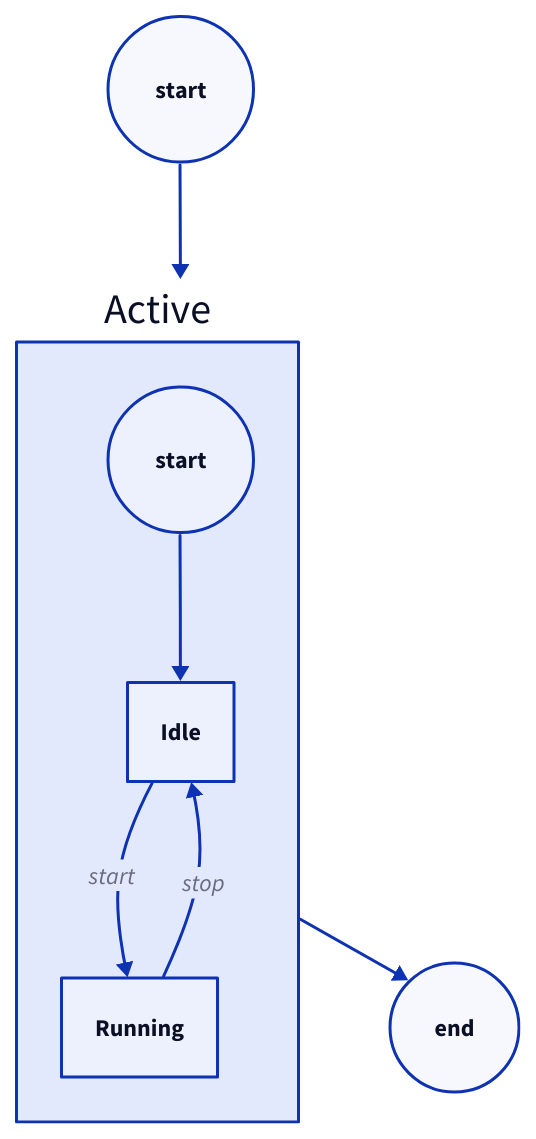
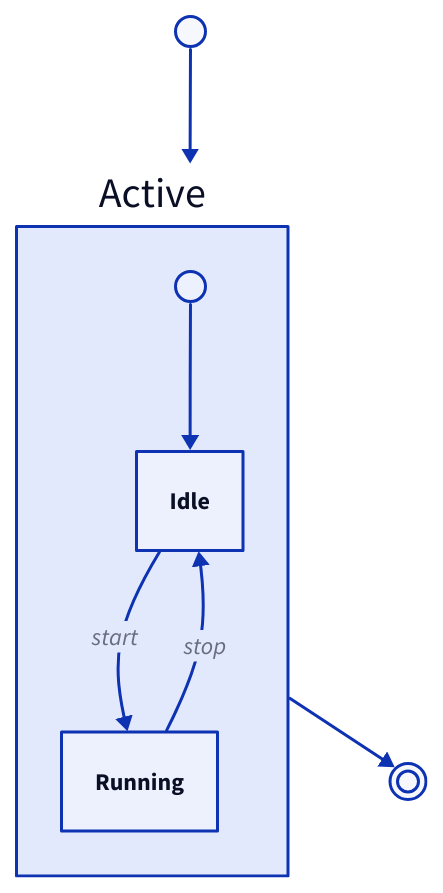
The diagram in docs/examples/state.d2 (noamsto/mermaid2d2), drawn with D2 before and after one commit. The commit also changed 4 other files, not shown here.

First line of the commit message:
fix: draw state start/end as UML pseudostates (#66)

```diff
--- a/docs/examples/state.d2
+++ b/docs/examples/state.d2
@@ -1,10 +1,10 @@
-start: {shape: circle}
+start: "" {shape: circle; width: 20; height: 20}
 start -> Active
-end: {shape: circle}
+end: "" {shape: circle; style.double-border: true; width: 24; height: 24}
 Active -> end
 Active: {
-  start: {shape: circle}
+  start: "" {shape: circle; width: 20; height: 20}
   start -> Idle
   Idle -> Running: start
   Running -> Idle: stop
 }
```
